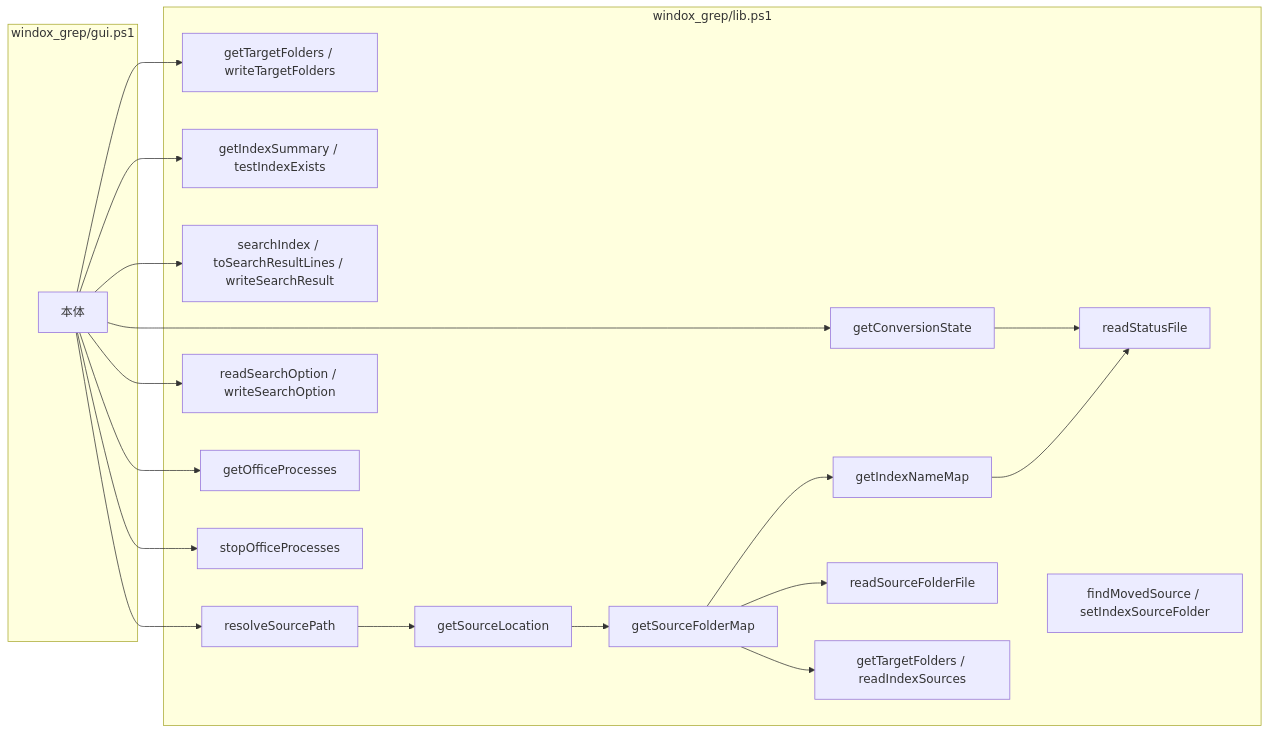
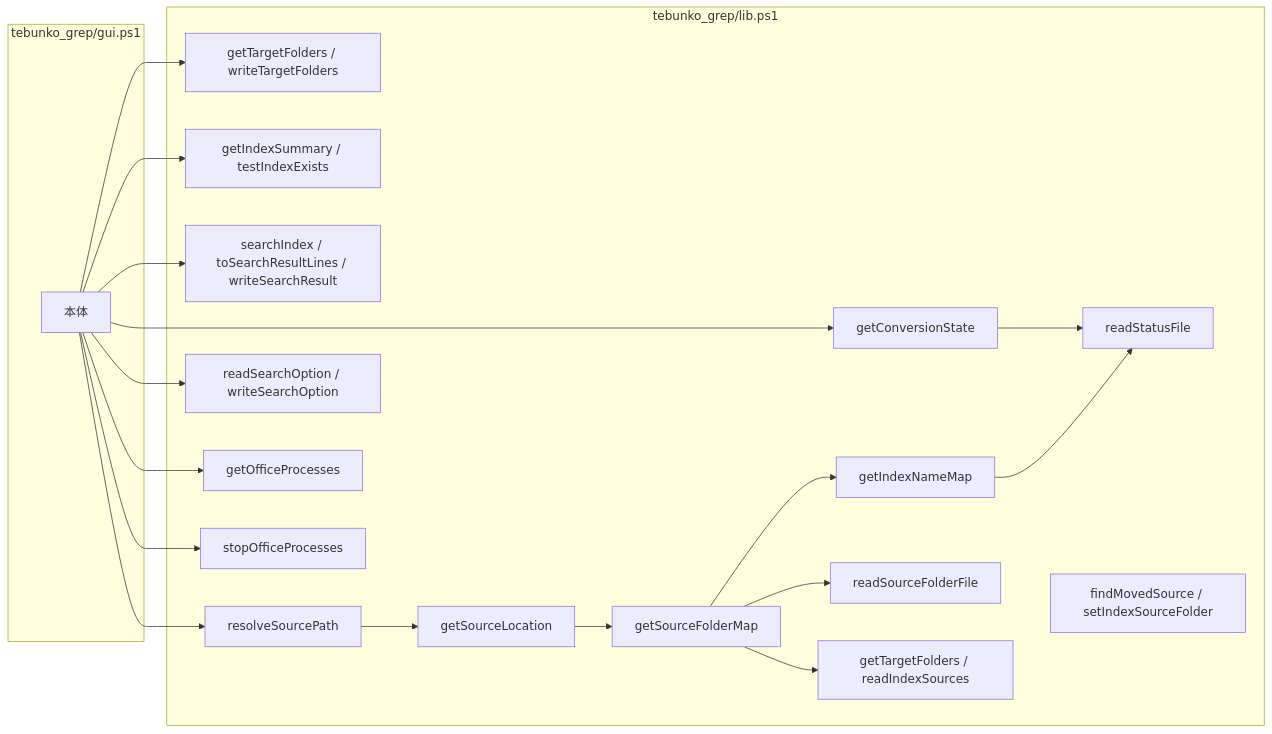
One commit to hsgwa/tebunko changed the second of 2 diagrams in docs/00_共通_2_共通モジュール.md. Above: the diagram before and after it, drawn with Mermaid. The commit also changed other lines of this file and 108 other files, not shown here.

First line of the commit message:
リポジトリ名を tebunko にし、ツール名を tebunko_grep へ改める

````diff
--- a/docs/00_共通_2_共通モジュール.md
+++ b/docs/00_共通_2_共通モジュール.md
@@ -187,21 +187,21 @@
 ```mermaid
 flowchart LR
-    subgraph GUI["windox_grep/gui.ps1"]
+    subgraph GUI["tebunko_grep/gui.ps1"]
         G["本体"]
     end
-    subgraph CMS["windox_grep/lib.ps1"]
+    subgraph CMS["tebunko_grep/lib.ps1"]
         TF["getTargetFolders / writeTargetFolders"]
         CS["getConversionState"] --> RSF["readStatusFile"]
         SUM["getIndexSummary / testIndexExists"]
         SI["searchIndex / toSearchResultLines / writeSearchResult"]
         RSP["resolveSourcePath"] --> SL["getSourceLocation"] --> SFM["getSourceFolderMap"] --> INM["getIndexNameMap"] --> RSF
         SFM --> RSFF["readSourceFolderFile"]
         SFM --> TGT["getTargetFolders / readIndexSources"]
         RPL["findMovedSource / setIndexSourceFolder"]
         OPT["readSearchOption / writeSearchOption"]
         GOP["getOfficeProcesses"]
         SOP["stopOfficeProcesses"]
     end
 
     G --> TF & CS & SUM & SI & RSP & OPT & GOP & SOP
 ```
````
